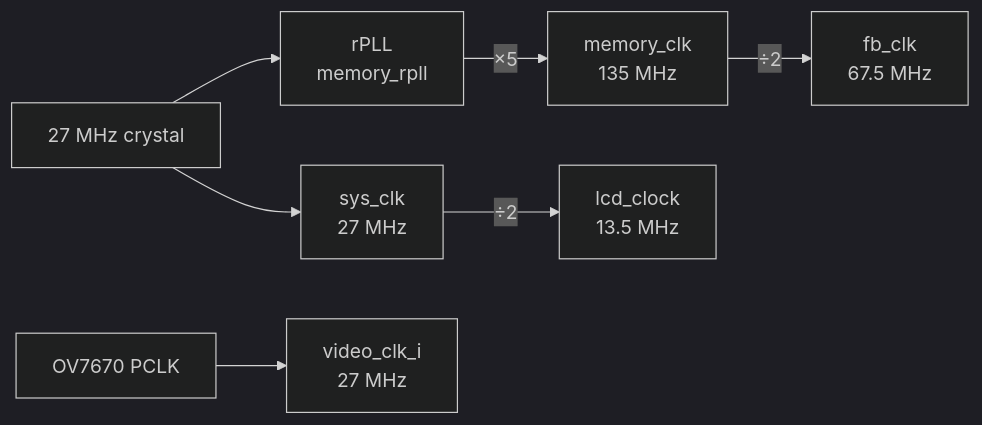
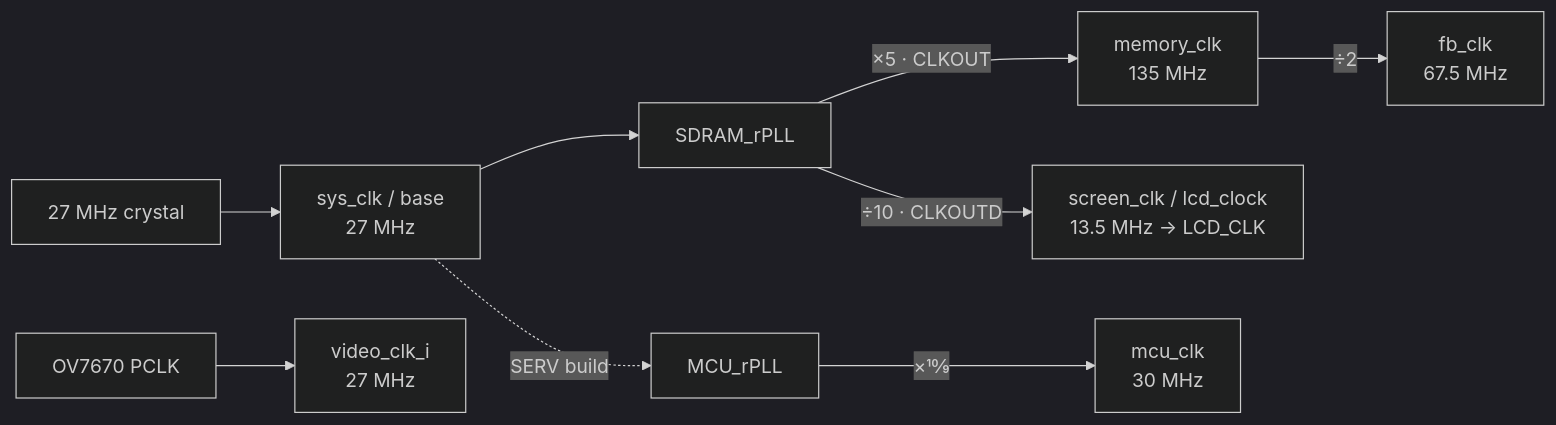
One commit to phoenix367/tang_nano_9K_ov7670 changed the second of 4 diagrams in doc/architecture.md. Above: the diagram before and after it, drawn with Mermaid (dark theme). The commit also changed other lines of this file, not shown here.

First line of the commit message:
docs(architecture): fix clock plan; add MCU/peripherals section

````diff
--- a/doc/architecture.md
+++ b/doc/architecture.md
@@ -88,9 +92,11 @@
 ```mermaid
 flowchart LR
-    XTAL["27 MHz crystal"] --> SYS["sys_clk<br/>27 MHz"]
-    XTAL --> RPLL["rPLL<br/>memory_rpll"]
-    RPLL -->|"×5"| MEM["memory_clk<br/>135 MHz"]
+    XTAL["27 MHz crystal"] --> SYS["sys_clk / base<br/>27 MHz"]
+    SYS --> RPLL["SDRAM_rPLL"]
+    RPLL -->|"×5 · CLKOUT"| MEM["memory_clk<br/>135 MHz"]
+    RPLL -->|"÷10 · CLKOUTD"| LCDK["screen_clk / lcd_clock<br/>13.5 MHz → LCD_CLK"]
     MEM -->|"÷2"| FB["fb_clk<br/>67.5 MHz"]
-    SYS -->|"÷2"| LCDK["lcd_clock<br/>13.5 MHz"]
+    SYS -.->|"SERV build"| MPLL["MCU_rPLL"]
+    MPLL -->|"×10⁄9"| MCU["mcu_clk<br/>30 MHz"]
     PCLK["OV7670 PCLK"] --> VID["video_clk_i<br/>27 MHz"]
 ```
````
